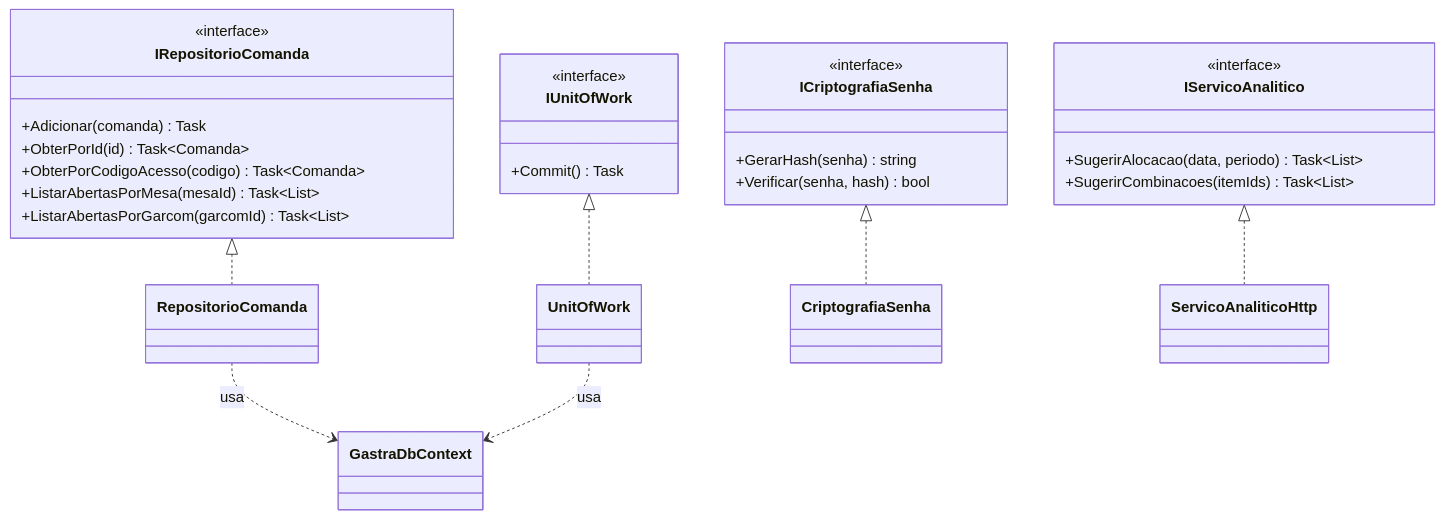
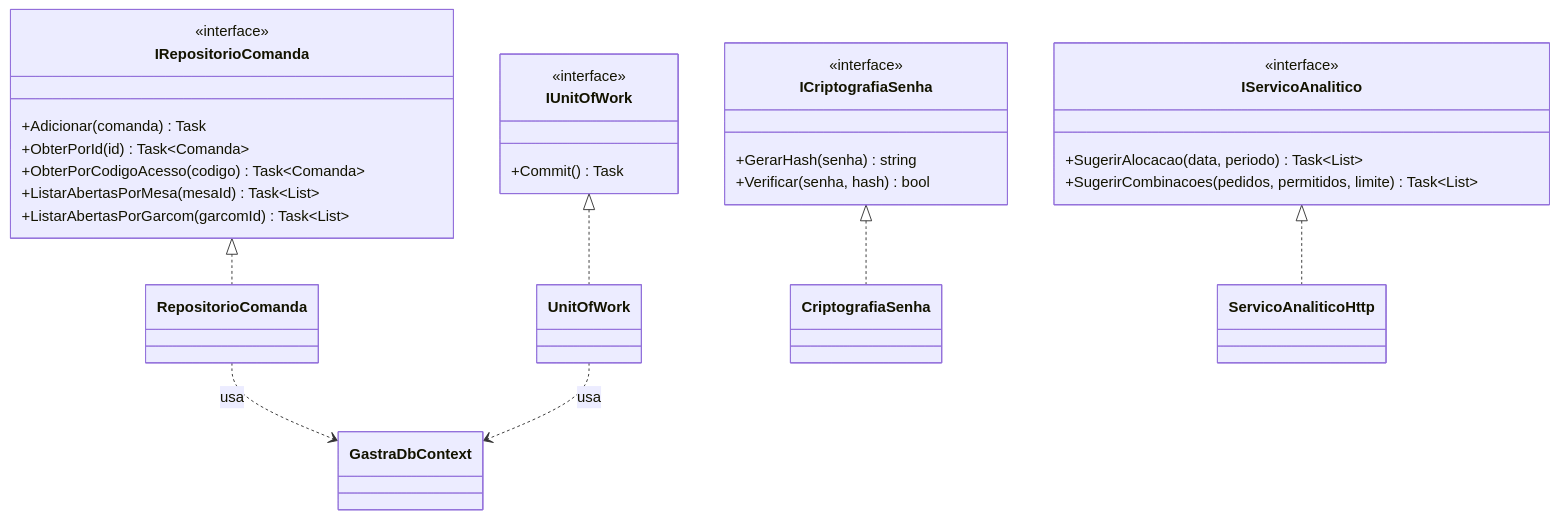
The third of 5 diagrams in docs/arquitetura/GASTRA_Diagrama_Classes_Camadas.md (danih-vb/gastra-tg), drawn with Mermaid before and after one commit. The commit also changed other lines of this file and 6 other files, not shown here.

Commit message:
docs: integracao com o servico analitico nos diagramas e na arquitetura

````diff
--- a/docs/arquitetura/GASTRA_Diagrama_Classes_Camadas.md
+++ b/docs/arquitetura/GASTRA_Diagrama_Classes_Camadas.md
@@ -407,41 +407,41 @@
 ```mermaid
 classDiagram
     direction TB
 
     class IRepositorioComanda {
         <<interface>>
         +Adicionar(comanda) Task
         +ObterPorId(id) Task~Comanda~
         +ObterPorCodigoAcesso(codigo) Task~Comanda~
         +ListarAbertasPorMesa(mesaId) Task~List~
         +ListarAbertasPorGarcom(garcomId) Task~List~
     }
     class IUnitOfWork {
         <<interface>>
         +Commit() Task
     }
     class ICriptografiaSenha {
         <<interface>>
         +GerarHash(senha) string
         +Verificar(senha, hash) bool
     }
     class IServicoAnalitico {
         <<interface>>
         +SugerirAlocacao(data, periodo) Task~List~
-        +SugerirCombinacoes(itemIds) Task~List~
+        +SugerirCombinacoes(pedidos, permitidos, limite) Task~List~
     }
 
     class RepositorioComanda
     class UnitOfWork
     class CriptografiaSenha
     class ServicoAnaliticoHttp
     class GastraDbContext
 
     IRepositorioComanda <|.. RepositorioComanda
     IUnitOfWork <|.. UnitOfWork
     ICriptografiaSenha <|.. CriptografiaSenha
     IServicoAnalitico <|.. ServicoAnaliticoHttp
 
     RepositorioComanda ..> GastraDbContext : usa
     UnitOfWork ..> GastraDbContext : usa
 ```
````
